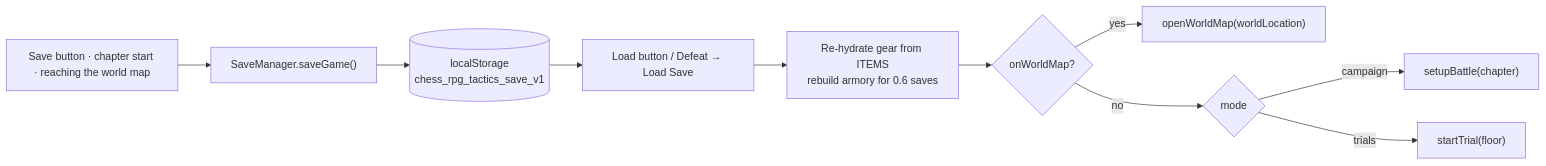
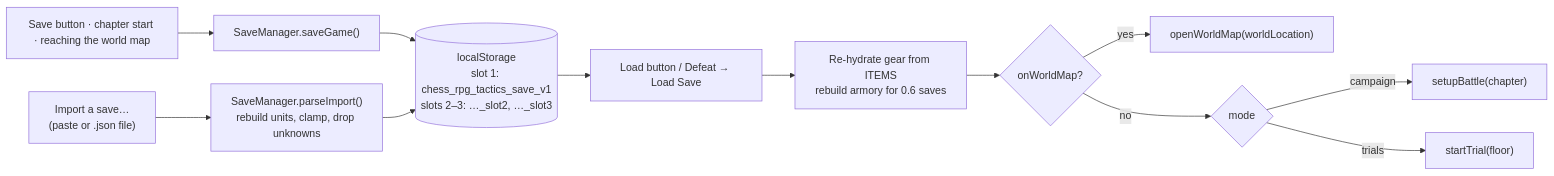
Before and after one commit to CptNope/Chess-RPG-Tactics: the eighth of 10 diagrams in docs/ARCHITECTURE.md, drawn with Mermaid. The commit also changed other lines of this file and 23 other files, not shown here.

````diff
--- a/docs/ARCHITECTURE.md
+++ b/docs/ARCHITECTURE.md
@@ -324,12 +325,13 @@
 ```mermaid
 flowchart LR
     Save["Save button · chapter start · reaching the world map"] --> SM["SaveManager.saveGame()"]
-    SM --> LS[("localStorage<br/>chess_rpg_tactics_save_v1")]
+    SM --> LS[("localStorage<br/>slot 1: chess_rpg_tactics_save_v1<br/>slots 2–3: …_slot2, …_slot3")]
+    Imp["Import a save…<br/>(paste or .json file)"] --> PI["SaveManager.parseImport()<br/>rebuild units, clamp, drop unknowns"] --> LS
     LS --> Load["Load button / Defeat → Load Save"]
     Load --> Hydrate["Re-hydrate gear from ITEMS<br/>rebuild armory for 0.6 saves"]
     Hydrate --> OnMap{"onWorldMap?"}
     OnMap -- yes --> World["openWorldMap(worldLocation)"]
     OnMap -- no --> Mode{"mode"}
     Mode -- campaign --> Chapter["setupBattle(chapter)"]
     Mode -- trials --> Trial["startTrial(floor)"]
 ```
````
